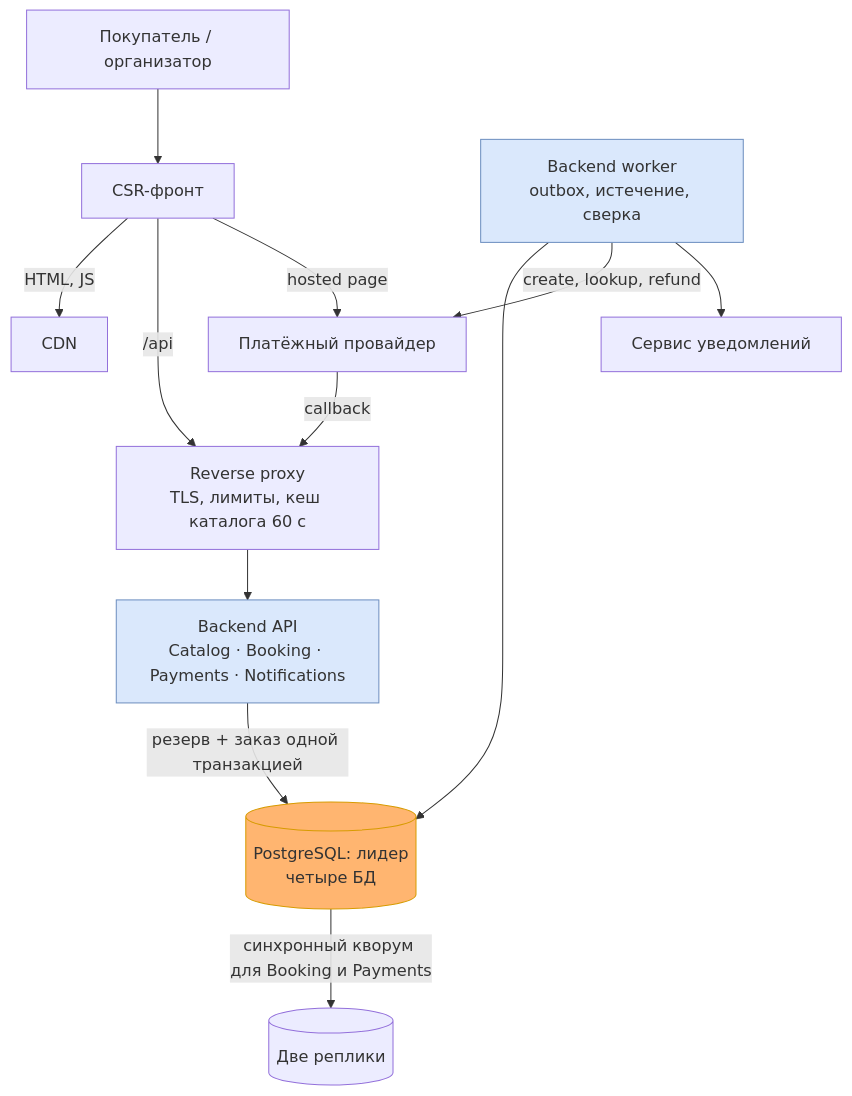
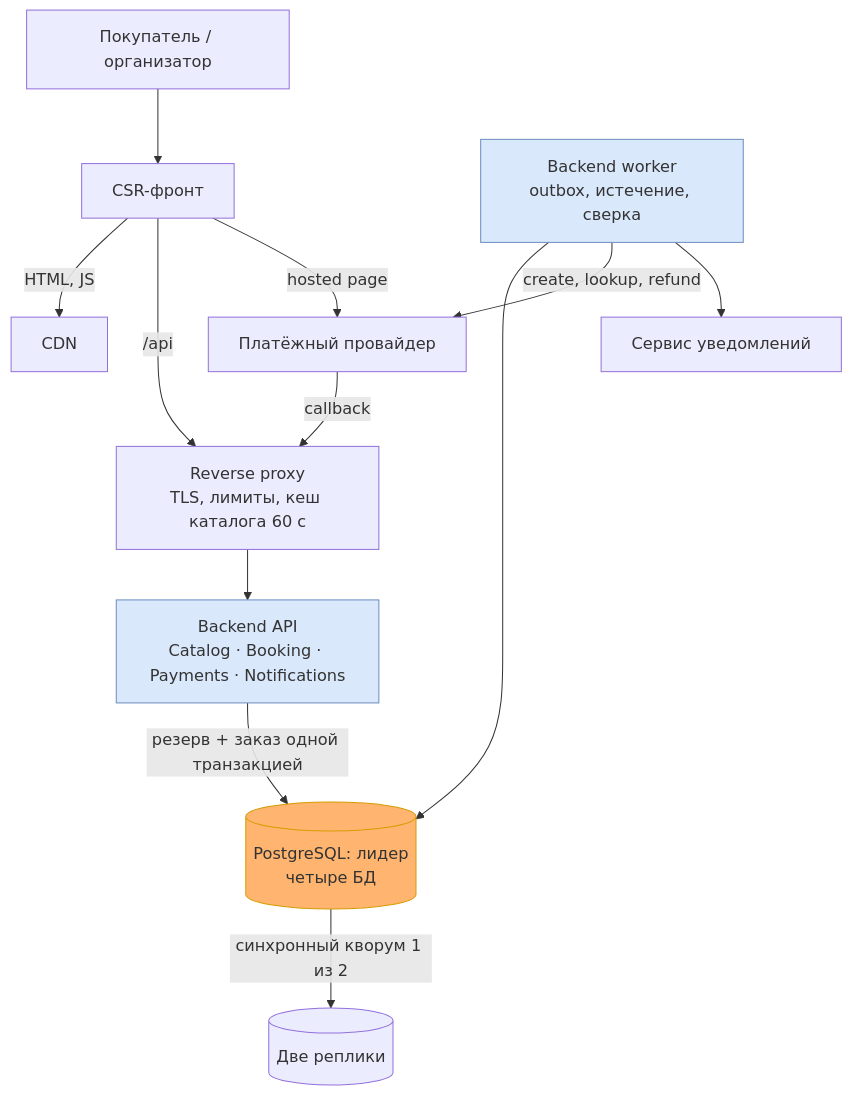
The diagram in docs/final-solution.md (TIR44/event-ticket-booking), drawn with Mermaid before and after one commit. The commit also changed other lines of this file and 13 other files, not shown here.

First line of the commit message:
Сделал синхронный кворум общим для кластера и уточнил Saga-lite и сверку после восстановления

````diff
--- a/docs/final-solution.md
+++ b/docs/final-solution.md
@@ -73,18 +75,18 @@
 ```mermaid
 flowchart TB
     U["Покупатель / организатор"] --> WEB["CSR-фронт"]
     WEB -->|"HTML, JS"| CDN["CDN"]
     WEB -->|"/api"| PX["Reverse proxy<br/>TLS, лимиты, кеш каталога 60 с"]
     PX --> API["Backend API<br/>Catalog · Booking · Payments · Notifications"]
     W["Backend worker<br/>outbox, истечение, сверка"]
     API -->|"резерв + заказ одной транзакцией"| L[("PostgreSQL: лидер<br/>четыре БД")]
     W --> L
-    L -->|"синхронный кворум для Booking и Payments"| R[("Две реплики")]
+    L -->|"синхронный кворум 1 из 2"| R[("Две реплики")]
     W -->|"create, lookup, refund"| PAY["Платёжный провайдер"]
     PAY -->|"callback"| PX
     W --> MSG["Сервис уведомлений"]
     WEB -->|"hosted page"| PAY
     style API fill:#DAE8FC,stroke:#6C8EBF
     style W fill:#DAE8FC,stroke:#6C8EBF
     style L fill:#FFB570,stroke:#D79B00
 ```
````
